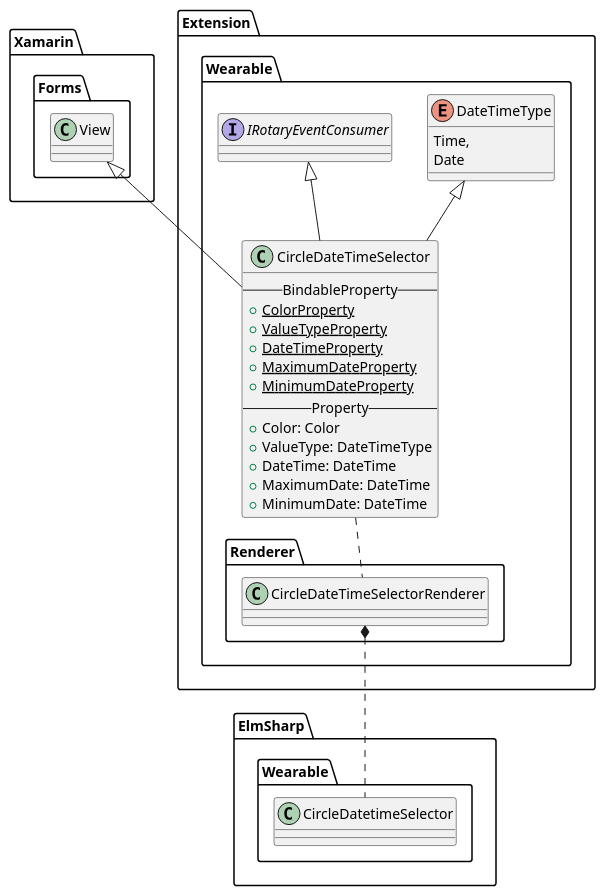
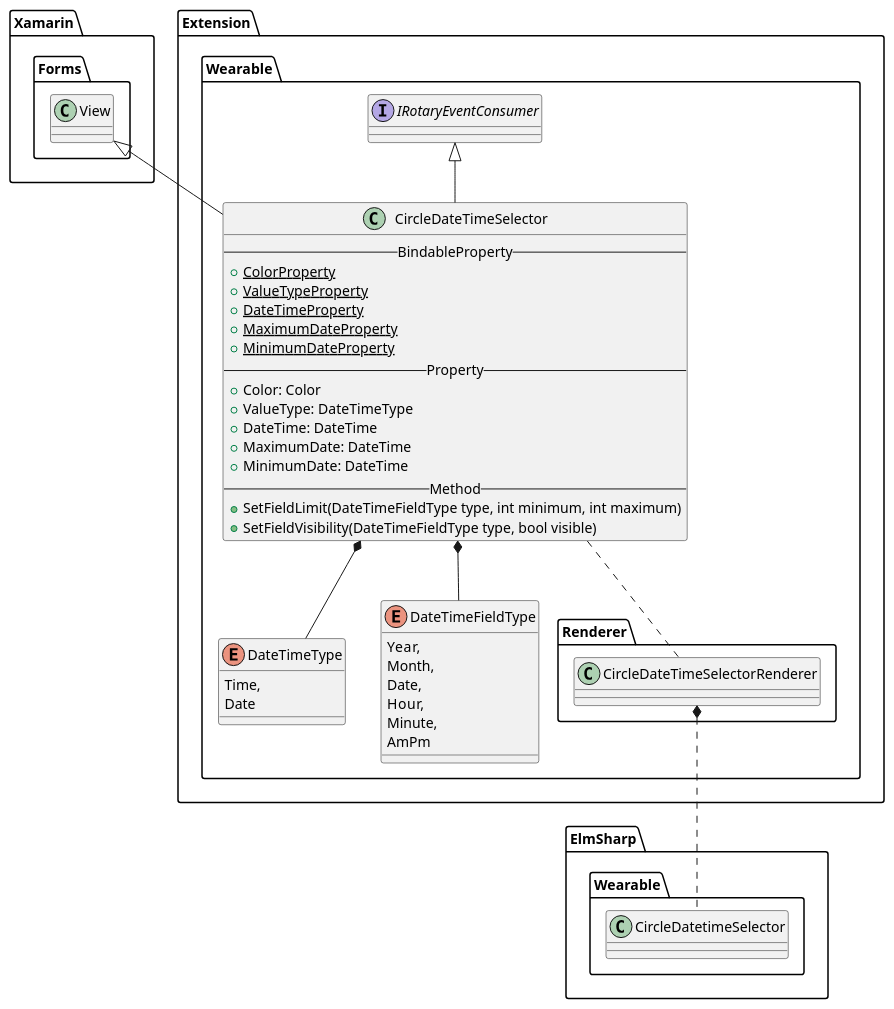
One commit to Samsung/Tizen.CircularUI changed the second of 13 diagrams in doc/design/uml/CirclePage.wsd. Above: the diagram before and after it, drawn with PlantUML. The commit also changed 5 other files, not shown here.

```diff
--- a/doc/design/uml/CirclePage.wsd
+++ b/doc/design/uml/CirclePage.wsd
@@ -71,42 +71,55 @@
 @startuml CircleDateTimeSelector.png
 
 package "Xamarin.Forms" {
     class View
 }
 
 package "Extension.Wearable" {
     interface IRotaryEventConsumer
     class CircleDateTimeSelector {
         --BindableProperty--
         {static} +ColorProperty
         {static} +ValueTypeProperty
         {static} +DateTimeProperty
         {static} +MaximumDateProperty
         {static} +MinimumDateProperty
         --Property--
         +Color: Color
         +ValueType: DateTimeType
         +DateTime: DateTime
         +MaximumDate: DateTime
         +MinimumDate: DateTime
+        --Method--
+        + SetFieldLimit(DateTimeFieldType type, int minimum, int maximum)
+        + SetFieldVisibility(DateTimeFieldType type, bool visible)
     }
     enum DateTimeType {
         Time,
         Date
     }
 
+    enum DateTimeFieldType {
+        Year,
+        Month,
+        Date,
+        Hour,
+        Minute,
+        AmPm
+    }
+
     CircleDateTimeSelector -u-|> View
     CircleDateTimeSelector -u-|> IRotaryEventConsumer
-    CircleDateTimeSelector -u-|> DateTimeType
+    CircleDateTimeSelector *-d- DateTimeType
+    CircleDateTimeSelector *-d- DateTimeFieldType
 }
 
 package "Extension.Wearable.Renderer" {
     class CircleDateTimeSelectorRenderer
     CircleDateTimeSelectorRenderer .u. CircleDateTimeSelector
 }
 
 package "ElmSharp.Wearable" {
     class CircleDatetimeSelector
     CircleDateTimeSelectorRenderer *.d. CircleDatetimeSelector
 }
 @enduml
```
